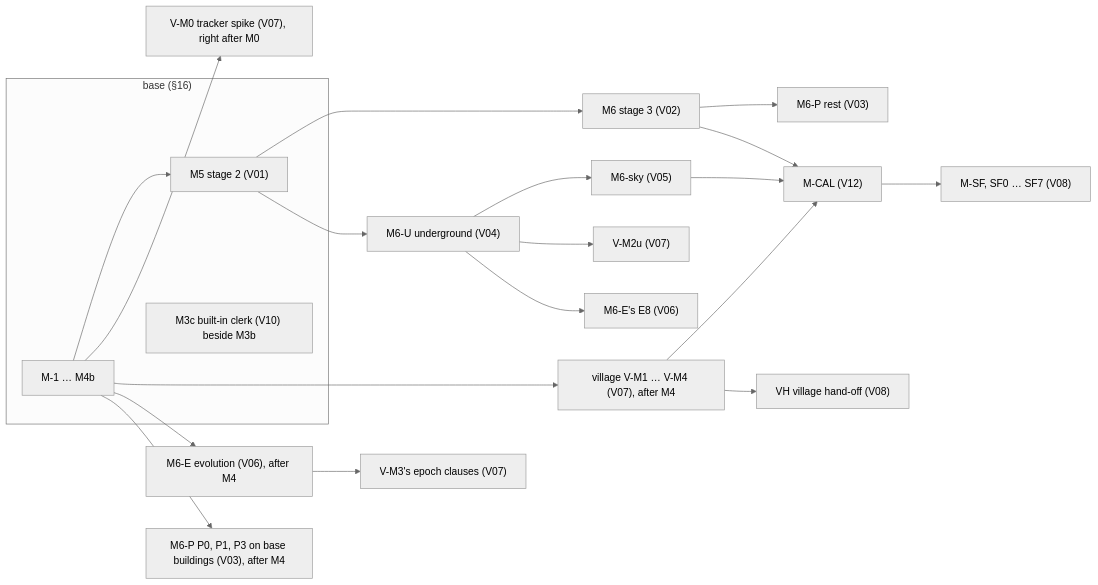
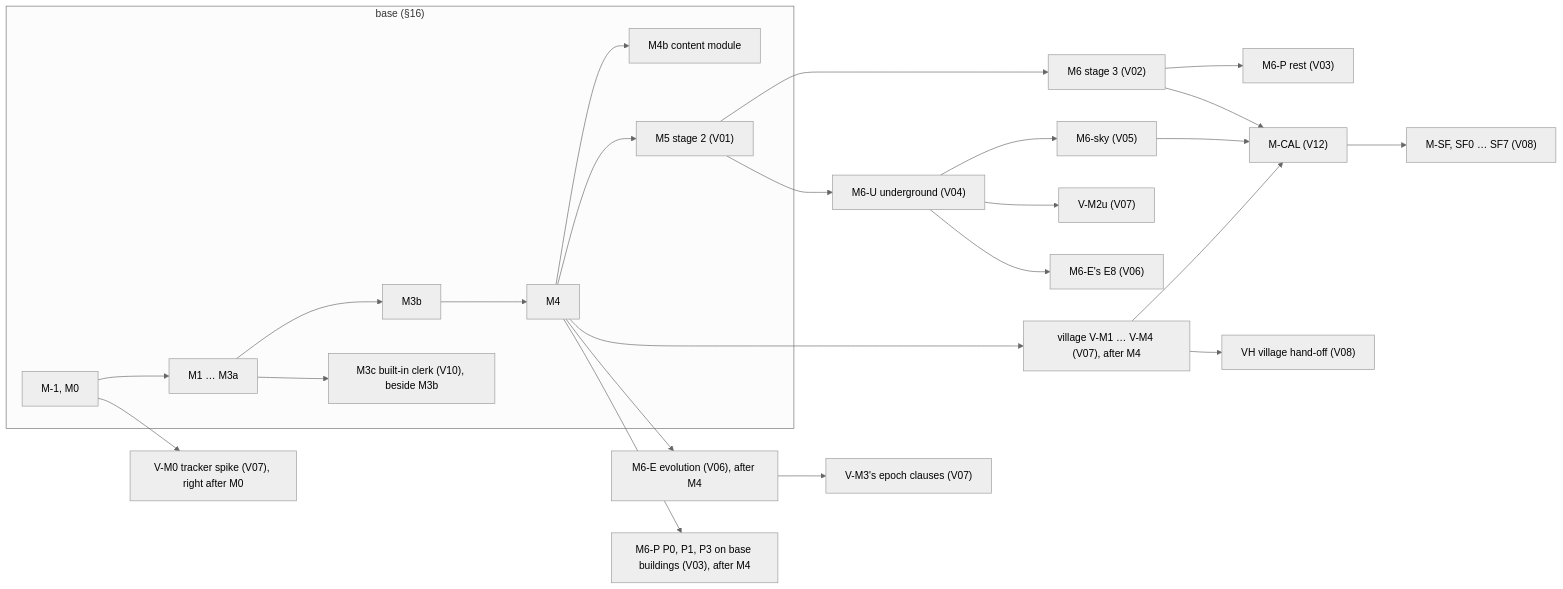
One commit to clausellstokes-lang/maps-architecture changed the diagram in docs/volumes/INDEX.md. Above: the diagram before and after it, drawn with Mermaid (neutral theme). The commit also changed other lines of this file and 72 other files, not shown here.

````diff
--- a/docs/volumes/INDEX.md
+++ b/docs/volumes/INDEX.md
@@ -84,23 +69,27 @@
 ```mermaid
 flowchart LR
   subgraph BASE["base (§16)"]
-    M0["M-1 … M4b"] --> M5["M5 stage 2 (V01)"]
-    M3c["M3c built-in clerk (V10) beside M3b"]
+    M0["M-1, M0"] --> MA["M1 … M3a"]
+    MA --> M3b["M3b"]
+    MA --> M3c["M3c built-in clerk (V10), beside M3b"]
+    M3b --> M4["M4"]
+    M4 --> M4b["M4b content module"]
+    M4 --> M5["M5 stage 2 (V01)"]
   end
   M0 --> VM0["V-M0 tracker spike (V07), right after M0"]
-  M0 --> VM["village V-M1 … V-M4 (V07), after M4"]
-  M0 --> ME["M6-E evolution (V06), after M4"]
-  M0 --> MP0["M6-P P0, P1, P3 on base buildings (V03), after M4"]
+  M4 --> VM["village V-M1 … V-M4 (V07), after M4"]
+  M4 --> ME["M6-E evolution (V06), after M4"]
+  M4 --> MP0["M6-P P0, P1, P3 on base buildings (V03), after M4"]
   M5 --> M6["M6 stage 3 (V02)"]
   M5 --> MU["M6-U underground (V04)"]
   M6 --> MP["M6-P rest (V03)"]
   MU --> MS["M6-sky (V05)"]
   MU --> VMu["V-M2u (V07)"]
   MU --> E8["M6-E's E8 (V06)"]
   ME --> VM3["V-M3's epoch clauses (V07)"]
   MS --> MCAL["M-CAL (V12)"]
   M6 --> MCAL
   VM --> MCAL
   MCAL --> MSF["M-SF, SF0 … SF7 (V08)"]
   VM --> VH["VH village hand-off (V08)"]
 ```
````
